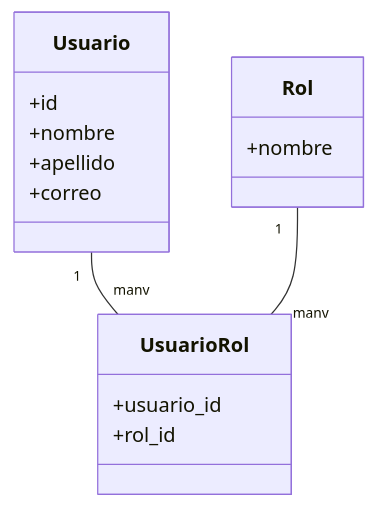
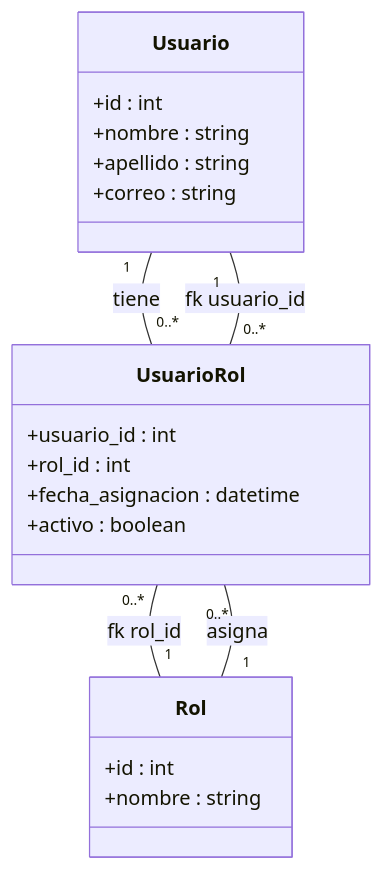
One commit to elunboundfiremail/WebAppAcademico changed the third of 14 diagrams in README.md. Above: the diagram before and after it, drawn with Mermaid. The commit also changed other lines of this file, not shown here.

Commit message:
docs: mejorar diagramas

````diff
--- a/README.md
+++ b/README.md
@@ -216,18 +245,23 @@
 ```mermaid
 classDiagram
   class Usuario {
-    +id
-    +nombre
-    +apellido
-    +correo
+    +id : int
+    +nombre : string
+    +apellido : string
+    +correo : string
   }
   class Rol {
-    +nombre
+    +id : int
+    +nombre : string
   }
   class UsuarioRol {
-    +usuario_id
-    +rol_id
+    +usuario_id : int
+    +rol_id : int
+    +fecha_asignacion : datetime
+    +activo : boolean
   }
-  Usuario "1" -- "many" UsuarioRol
-  Rol "1" -- "many" UsuarioRol
+  Usuario "1" -- "0..*" UsuarioRol : tiene
+  Rol "1" -- "0..*" UsuarioRol : asigna
+  UsuarioRol "0..*" -- "1" Usuario : fk usuario_id
+  UsuarioRol "0..*" -- "1" Rol : fk rol_id
 ```
````
